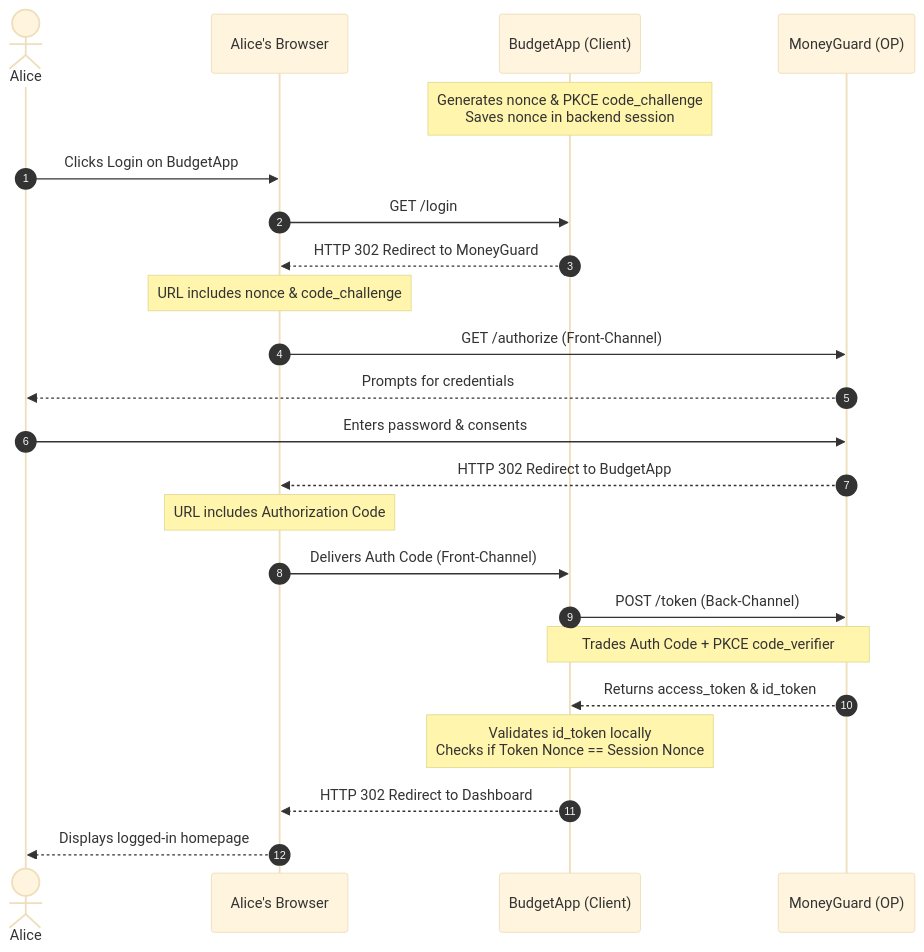
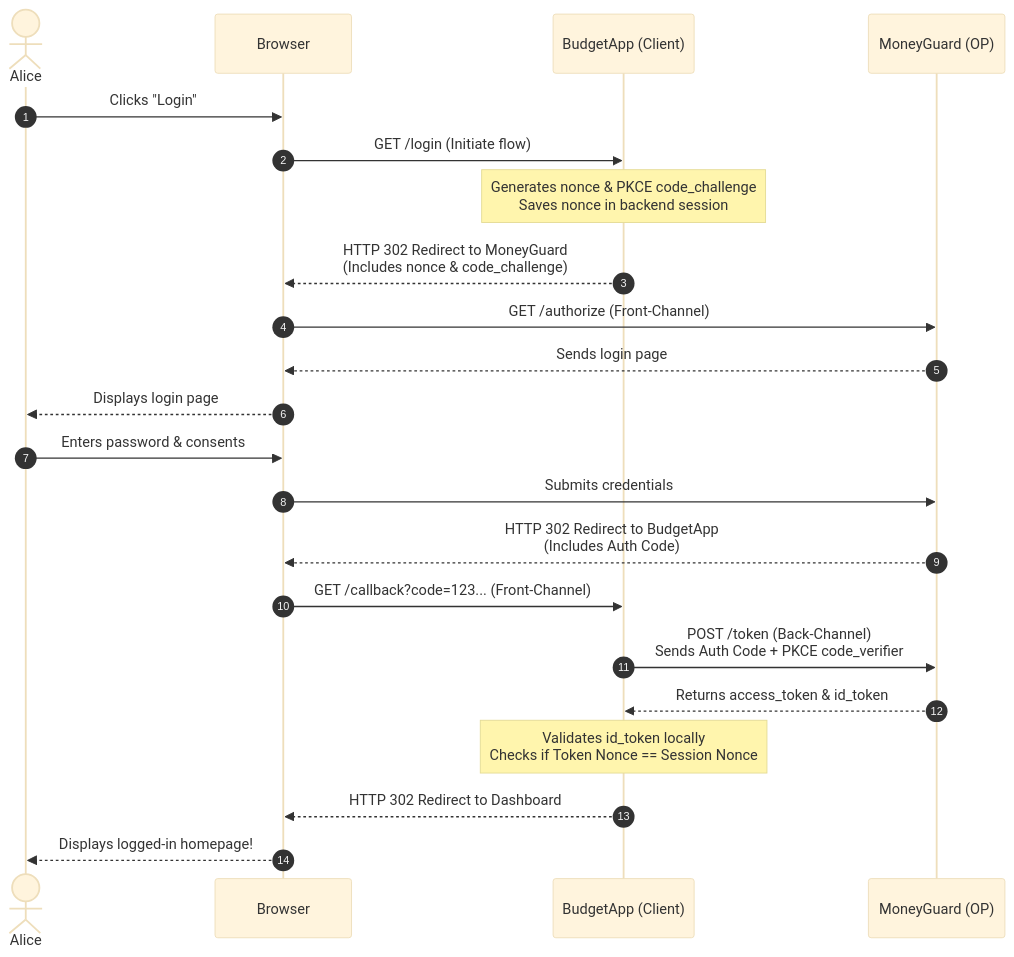
One commit to nirajp82/IdentityAccessManagement_IAM changed the first of 2 diagrams in 02_AuthN_Federation/06_OIDC_DeepDive.md. Above: the diagram before and after it, drawn with Mermaid (base theme).

````diff
--- a/02_AuthN_Federation/06_OIDC_DeepDive.md
+++ b/02_AuthN_Federation/06_OIDC_DeepDive.md
@@ -158,37 +158,39 @@
 ```mermaid
 sequenceDiagram
     autonumber
     actor Alice
-    participant Browser as Alice's Browser
+    participant Browser
     participant BudgetApp as BudgetApp (Client)
     participant MoneyGuard as MoneyGuard (OP)
 
+    %% Step 1: User Initiates
+    Alice->>Browser: Clicks "Login"
+    Browser->>BudgetApp: GET /login (Initiate flow)
+    
+    %% Step 2: Client Prepares
     Note over BudgetApp: Generates nonce & PKCE code_challenge<br/>Saves nonce in backend session
     
-    Alice->>Browser: Clicks Login on BudgetApp
-    Browser->>BudgetApp: GET /login
-    
-    BudgetApp-->>Browser: HTTP 302 Redirect to MoneyGuard
-    Note over Browser: URL includes nonce & code_challenge
-    
+    %% Step 3: Redirect to OP
+    BudgetApp-->>Browser: HTTP 302 Redirect to MoneyGuard<br/>(Includes nonce & code_challenge)
     Browser->>MoneyGuard: GET /authorize (Front-Channel)
     
-    MoneyGuard-->>Alice: Prompts for credentials
-    Alice->>MoneyGuard: Enters password & consents
+    %% Step 4: User Authenticates via Browser
+    MoneyGuard-->>Browser: Sends login page
+    Browser-->>Alice: Displays login page
+    Alice->>Browser: Enters password & consents
+    Browser->>MoneyGuard: Submits credentials
     
-    MoneyGuard-->>Browser: HTTP 302 Redirect to BudgetApp
-    Note over Browser: URL includes Authorization Code
+    %% Step 5: OP Returns Auth Code
+    MoneyGuard-->>Browser: HTTP 302 Redirect to BudgetApp<br/>(Includes Auth Code)
+    Browser->>BudgetApp: GET /callback?code=123... (Front-Channel)
     
-    Browser->>BudgetApp: Delivers Auth Code (Front-Channel)
-    
-    BudgetApp->>MoneyGuard: POST /token (Back-Channel)
-    Note over BudgetApp, MoneyGuard: Trades Auth Code + PKCE code_verifier
-    
+    %% Step 6: Server-to-Server Token Exchange
+    BudgetApp->>MoneyGuard: POST /token (Back-Channel)<br/>Sends Auth Code + PKCE code_verifier
     MoneyGuard-->>BudgetApp: Returns access_token & id_token
     
+    %% Step 7: Validation and Login
     Note over BudgetApp: Validates id_token locally<br/>Checks if Token Nonce == Session Nonce
-    
     BudgetApp-->>Browser: HTTP 302 Redirect to Dashboard
-    Browser-->>Alice: Displays logged-in homepage
+    Browser-->>Alice: Displays logged-in homepage!
 
 ```
````
